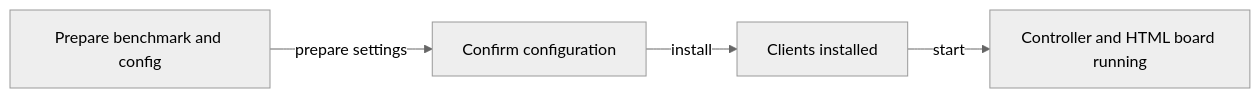
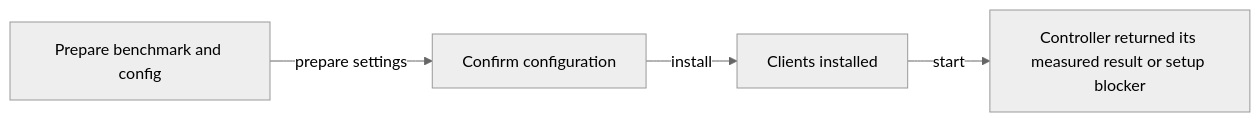
Before and after one commit to Winfred666/multica-AIDE: the first of 2 diagrams in multica_aide/skills/multica-aide-install/DEBUG.md, drawn with Mermaid (neutral theme). The commit also changed other lines of this file, not shown here.

Commit message:
Describe foreground installation completion in the state chart

````diff
--- a/multica_aide/skills/multica-aide-install/DEBUG.md
+++ b/multica_aide/skills/multica-aide-install/DEBUG.md
@@ -3,6 +3,6 @@
 ```mermaid
 flowchart LR
     prepare[Prepare benchmark and config] -->|prepare settings| confirm[Confirm configuration]
     confirm -->|install| installed[Clients installed]
-    installed -->|start| running[Controller and HTML board running]
+    installed -->|start| running[Controller returned its measured result or setup blocker]
 ```
````
